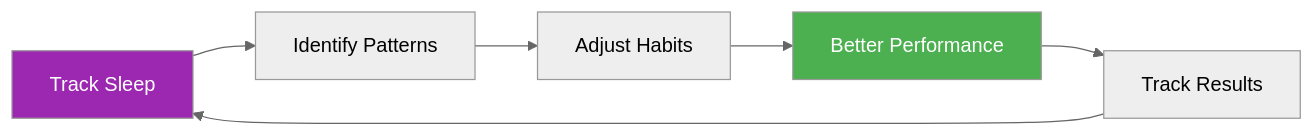
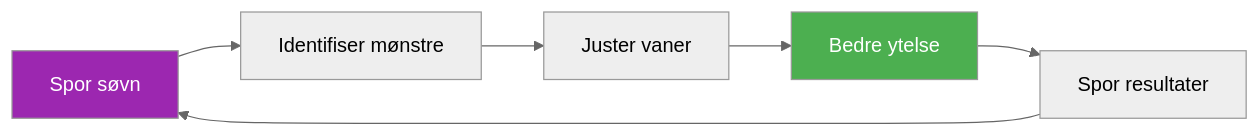
The diagram in docs/no/guides/templates/sleep-tracker.md (patwii/petanque-academy), drawn with Mermaid (neutral theme) before and after one commit. The commit also changed other lines of this file and 550 other files, not shown here.

````diff
--- a/docs/no/guides/templates/sleep-tracker.md
+++ b/docs/no/guides/templates/sleep-tracker.md
@@ -16,11 +16,11 @@
 ```mermaid
 flowchart LR
-    A[Track Sleep] --> B[Identify Patterns]
-    B --> C[Adjust Habits]
-    C --> D[Better Performance]
-    D --> E[Track Results]
+    A[Spor søvn] --> B[Identifiser mønstre]
+    B --> C[Juster vaner]
+    C --> D[Bedre ytelse]
+    D --> E[Spor resultater]
     E --> A
 
     style A fill:#9C27B0,color:#fff
     style D fill:#4CAF50,color:#fff
 ```
````
